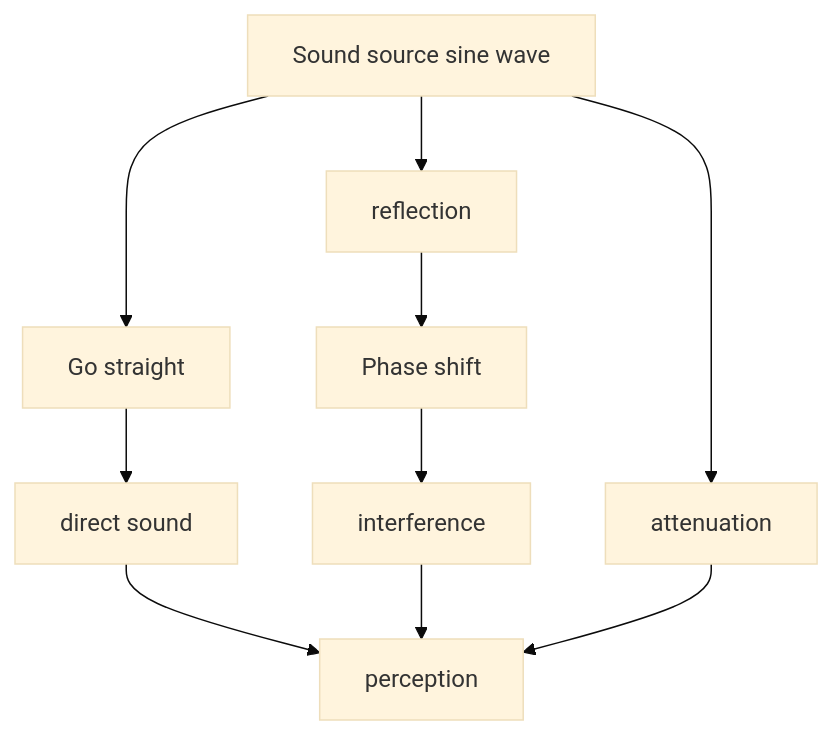
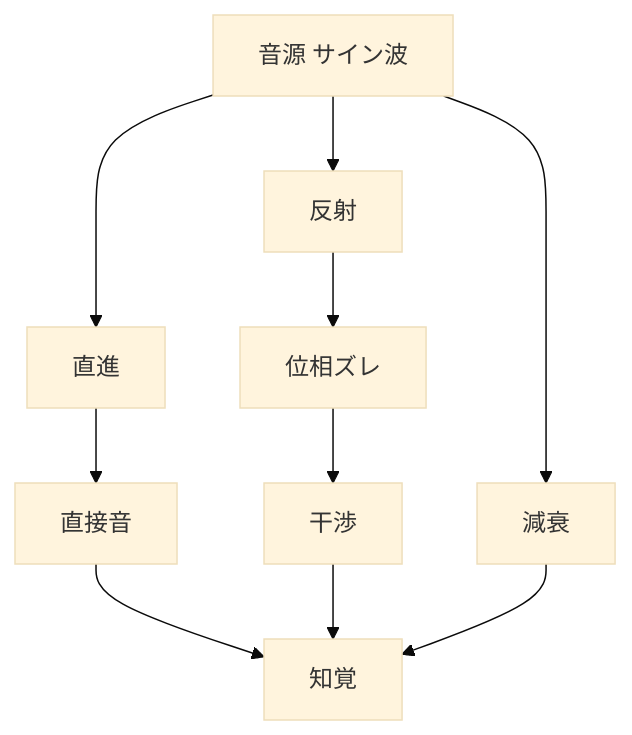
The eighth of 11 diagrams in en/_posts/2026-04-18-column-sachiko-m.md (monumental-movement/monumental-movement.github.io), drawn with Mermaid (base theme) before and after one commit. The commit also changed other lines of this file and 2196 other files, not shown here.

```diff
--- a/en/_posts/2026-04-18-column-sachiko-m.md
+++ b/en/_posts/2026-04-18-column-sachiko-m.md
@@ -359,12 +358,12 @@
 <div class="mermaid">
 flowchart TD
-    A[Sound source sine wave] --> B[Go straight]
-    A --> C[reflection]
-    A --> D[attenuation]
-    C --> E[Phase shift]
-    B --> F[direct sound]
-    E --> G[interference]
-    F --> H[perception]
+    A[音源 サイン波] --> B[直進]
+    A --> C[反射]
+    A --> D[減衰]
+    C --> E[位相ズレ]
+    B --> F[直接音]
+    E --> G[干渉]
+    F --> H[知覚]
     G --> H
     D --> H
 </div>
```
